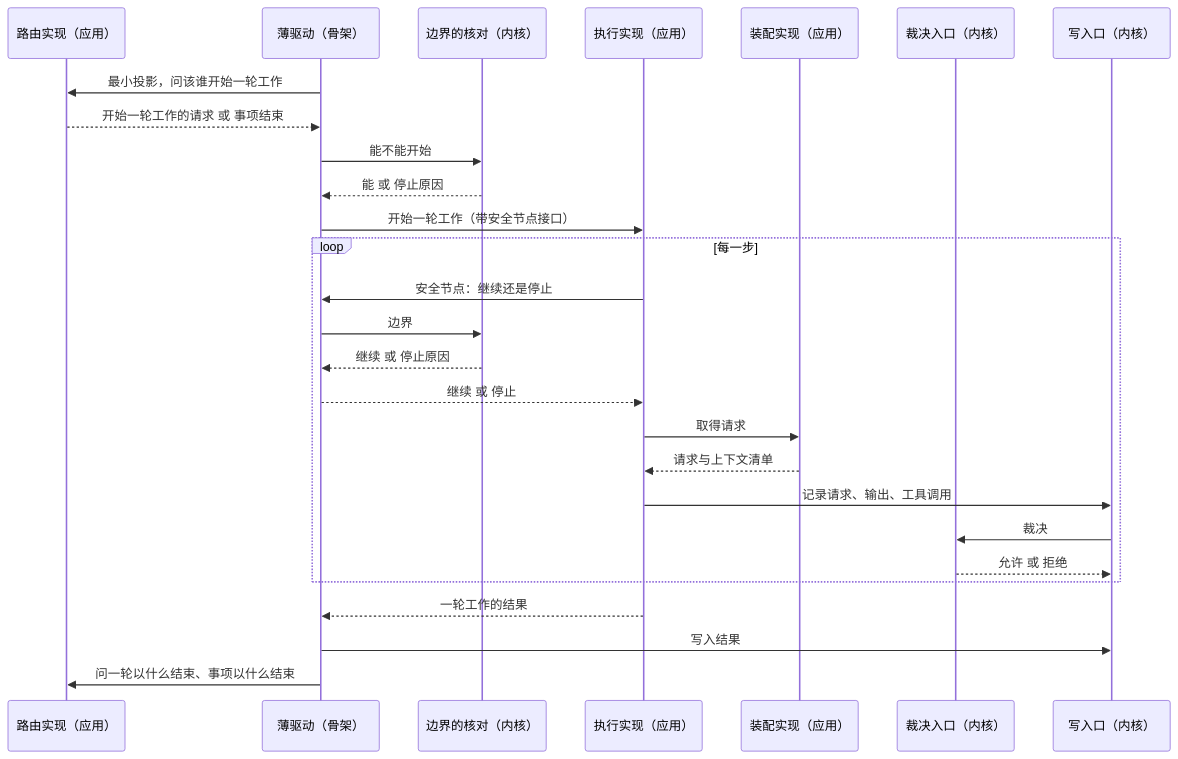
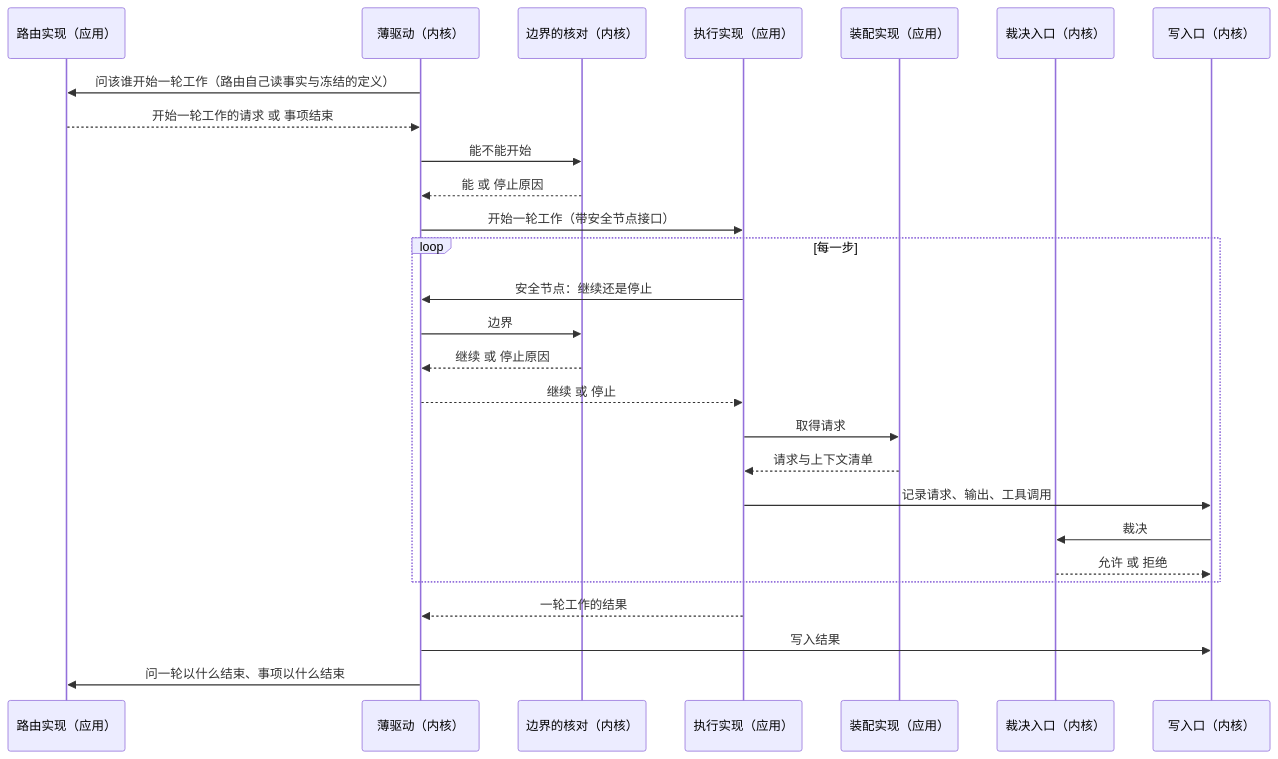
The first of 2 diagrams in docs/design/skeleton-and-application.md (bender2333/yudao), drawn with Mermaid before and after one commit. The commit also changed other lines of this file and 23 other files, not shown here.

Commit message:
设计说明与 ADR 状态行按总图对齐：部署、薄驱动归内核、路由输入、状态词、观察者、派发编号、判定点等十三处

````diff
--- a/docs/design/skeleton-and-application.md
+++ b/docs/design/skeleton-and-application.md
@@ -169,29 +170,29 @@
 ```mermaid
 sequenceDiagram
   participant R as 路由实现（应用）
-  participant D as 薄驱动（骨架）
+  participant D as 薄驱动（内核）
   participant B as 边界的核对（内核）
   participant X as 执行实现（应用）
   participant P as 装配实现（应用）
   participant U as 裁决入口（内核）
   participant W as 写入口（内核）
-  D->>R: 最小投影，问该谁开始一轮工作
+  D->>R: 问该谁开始一轮工作（路由自己读事实与冻结的定义）
   R-->>D: 开始一轮工作的请求 或 事项结束
   D->>B: 能不能开始
   B-->>D: 能 或 停止原因
   D->>X: 开始一轮工作（带安全节点接口）
   loop 每一步
     X->>D: 安全节点：继续还是停止
     D->>B: 边界
     B-->>D: 继续 或 停止原因
     D-->>X: 继续 或 停止
     X->>P: 取得请求
     P-->>X: 请求与上下文清单
     X->>W: 记录请求、输出、工具调用
     W->>U: 裁决
     U-->>W: 允许 或 拒绝
   end
   X-->>D: 一轮工作的结果
   D->>W: 写入结果
   D->>R: 问一轮以什么结束、事项以什么结束
 ```
````
